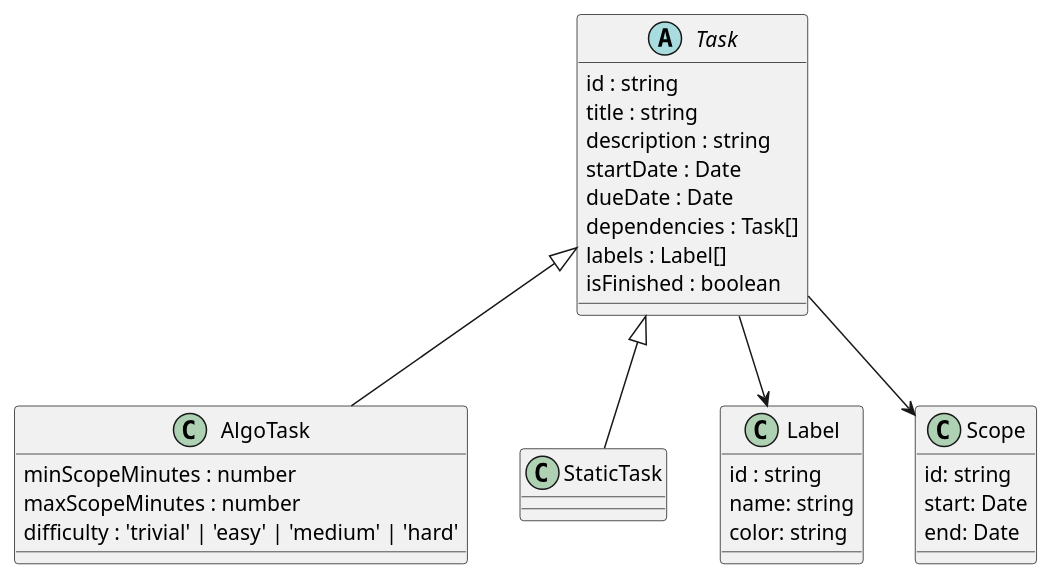
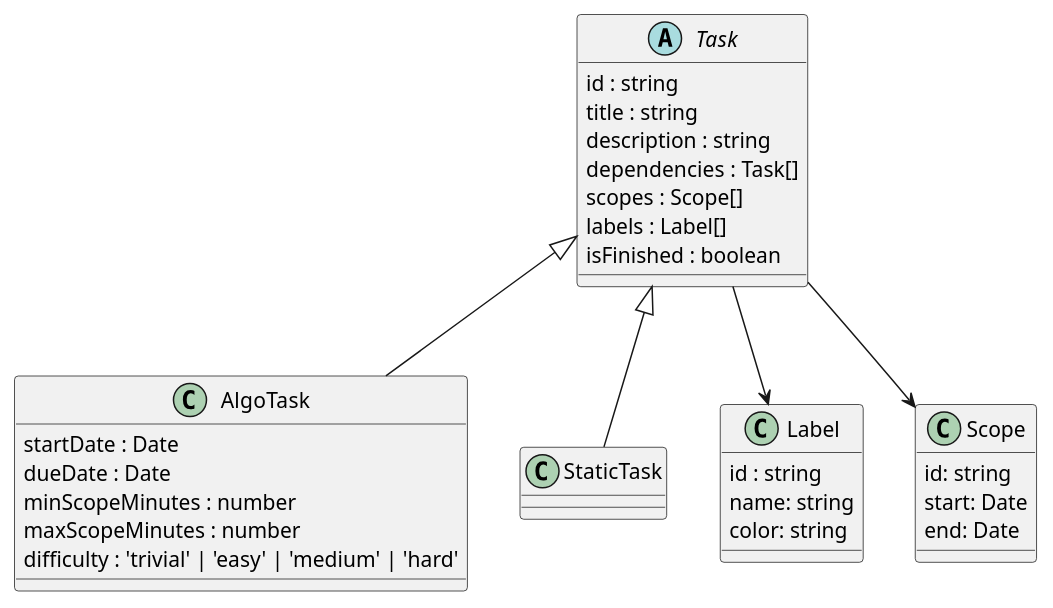
One commit to NI0-Name-Ideas-0/ChronoScope-models changed the diagram in frontend_task_class_model.pu. Above: the diagram before and after it, drawn with PlantUML.

Commit message:
change model according to decision to remove Dates from static tasks

```diff
--- a/frontend_task_class_model.pu
+++ b/frontend_task_class_model.pu
@@ -1,37 +1,38 @@
 @startuml
 abstract class Task {
     id : string 
     title : string
     description : string
-    startDate : Date
-    dueDate : Date
     dependencies : Task[]
+    scopes : Scope[]
     labels : Label[]
     isFinished : boolean
 }
 
 class AlgoTask {
+    startDate : Date
+    dueDate : Date
     minScopeMinutes : number
     maxScopeMinutes : number
     difficulty : 'trivial' | 'easy' | 'medium' | 'hard'
 }
 
 class StaticTask
 
 class Label {
     id : string
     name: string
     color: string
 }
 
 class Scope {
     id: string
     start: Date
     end: Date
 }
 
 Task <|-- AlgoTask
 Task <|-- StaticTask
 Task --> Scope
 Task --> Label
 @enduml
```
